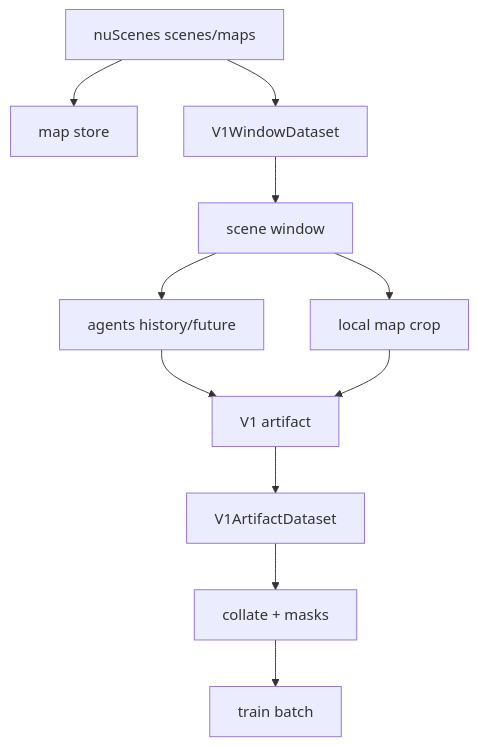
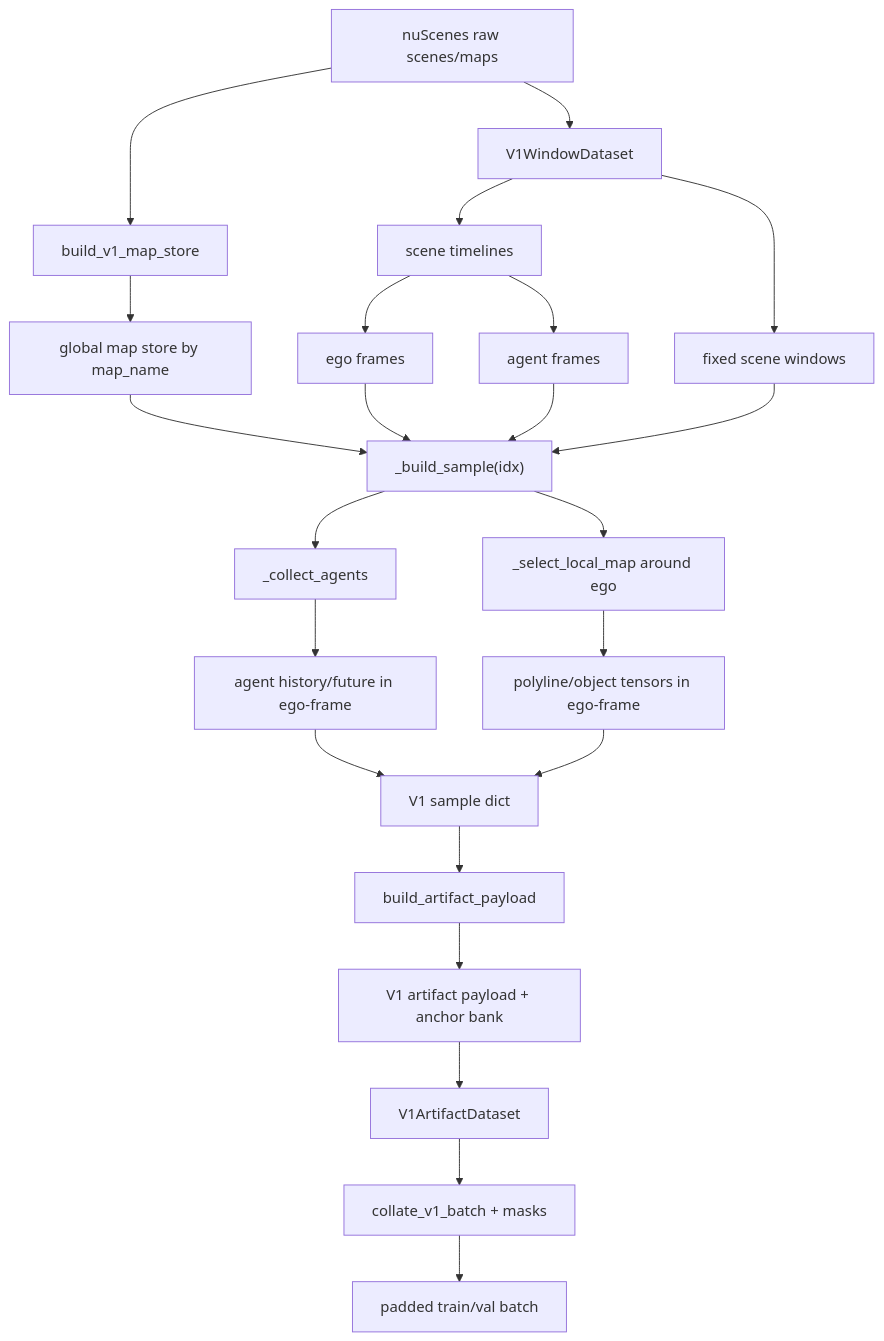
Before and after one commit to alibekula/motion_nuscenes: the first of 2 diagrams in README.md, drawn with Mermaid. The commit also changed other lines of this file, not shown here.

Commit message:
Clarify README pipeline diagrams

````diff
--- a/README.md
+++ b/README.md
@@ -36,13 +36,30 @@
 ```mermaid
 flowchart TD
-    A["nuScenes scenes/maps"] --> B["map store"]
-    A --> C["V1WindowDataset"]
-    C --> D["scene window"]
-    D --> E["agents history/future"]
-    D --> F["local map crop"]
-    E --> G["V1 artifact"]
-    F --> G
-    G --> H["V1ArtifactDataset"]
-    H --> I["collate + masks"]
-    I --> J["train batch"]
+    A["nuScenes raw scenes/maps"] --> B["build_v1_map_store"]
+    B --> C["global map store by map_name"]
+
+    A --> D["V1WindowDataset"]
+    D --> E["scene timelines"]
+    E --> F["ego frames"]
+    E --> G["agent frames"]
+    D --> H["fixed scene windows"]
+
+    C --> I["_build_sample(idx)"]
+    F --> I
+    G --> I
+    H --> I
+
+    I --> J["_collect_agents"]
+    J --> K["agent history/future in ego-frame"]
+
+    I --> L["_select_local_map around ego"]
+    L --> M["polyline/object tensors in ego-frame"]
+
+    K --> N["V1 sample dict"]
+    M --> N
+    N --> O["build_artifact_payload"]
+    O --> P["V1 artifact payload + anchor bank"]
+    P --> Q["V1ArtifactDataset"]
+    Q --> R["collate_v1_batch + masks"]
+    R --> S["padded train/val batch"]
 ```
````
